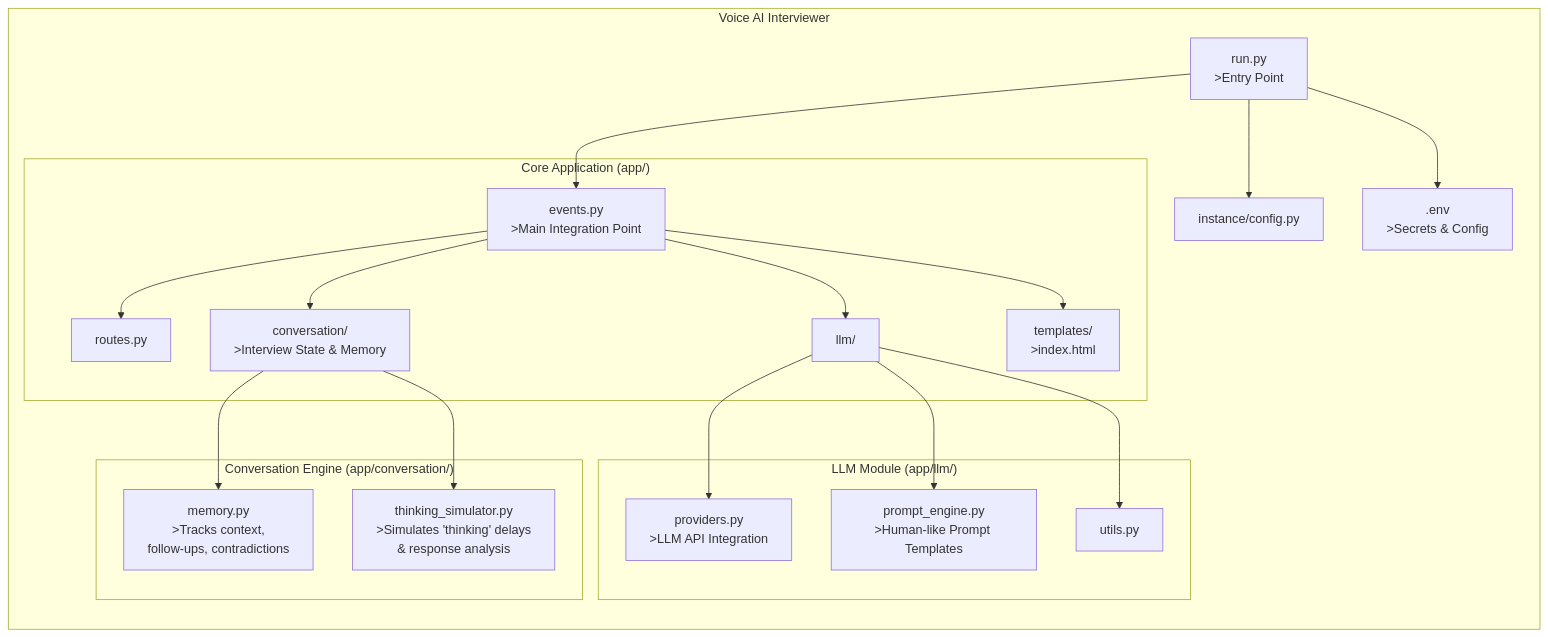
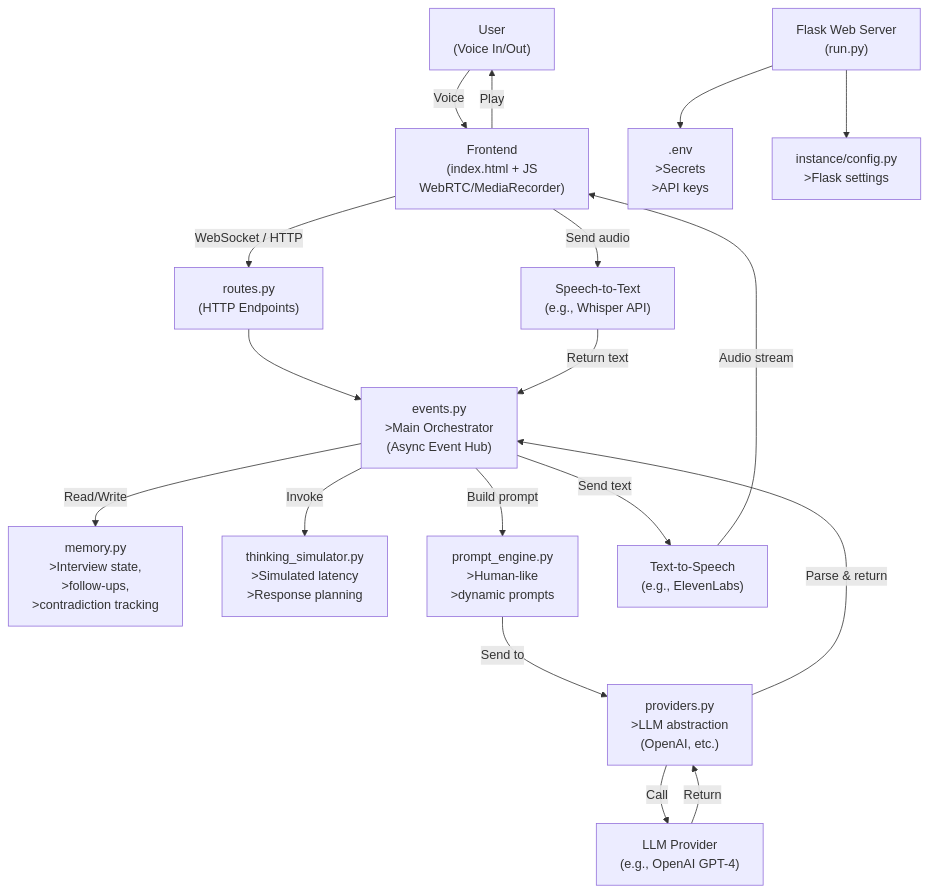
Before and after one commit to BijayaThebe/Ai-Voice-Interviewer: the first of 2 diagrams in README.md, drawn with Mermaid.

Commit message:
Changes Arch Diagram
Changes Arch Diagram

````diff
--- a/README.md
+++ b/README.md
@@ -47,43 +47,53 @@
 ```mermaid
 graph TD
-    subgraph "Voice AI Interviewer"
-        direction TB
+    %% === External Actors ===
+    User["User\n(Voice In/Out)"]
 
-        subgraph "Core Application (app/)"
-            Events["events.py\n>Main Integration Point"] 
-            Routes["routes.py"]
-            LLM["llm/"]
-            Conversation["conversation/\n>Interview State & Memory"]
-            Templates["templates/\n>index.html"]
-        end
+    %% === Frontend ===
+    Frontend["Frontend\n(index.html + JS\nWebRTC/MediaRecorder)"]
 
-        subgraph "LLM Module (app/llm/)"
-            Providers["providers.py\n>LLM API Integration"]
-            PromptEngine["prompt_engine.py\n>Human-like Prompt Templates"]
-            Utils["utils.py"]
-        end
+    %% === Core Backend ===
+    WebServer["Flask Web Server\n(run.py)"]
+    Routes["routes.py\n(HTTP Endpoints)"]
+    Events["events.py\n>Main Orchestrator\n(Async Event Hub)"]
 
-        subgraph "Conversation Engine (app/conversation/)"
-            Memory["memory.py\n>Tracks context,\nfollow-ups, contradictions"]
-            Thinking["thinking_simulator.py\n>Simulates 'thinking' delays\n& response analysis"]
-        end
+    %% === Conversation Subsystem ===
+    Memory["memory.py\n>Interview state,\n>follow-ups,\n>contradiction tracking"]
+    Thinking["thinking_simulator.py\n>Simulated latency\n>Response planning"]
 
-        Config["instance/config.py"]
-        Env[".env\n>Secrets & Config"]
-        Run["run.py\n>Entry Point"]
-    end
+    %% === LLM Subsystem ===
+    PromptEngine["prompt_engine.py\n>Human-like\n>dynamic prompts"]
+    Providers["providers.py\n>LLM abstraction\n(OpenAI, etc.)"]
 
-    %% Connections
-    Run --> Events
-    Events --> Routes
-    Events --> LLM
-    Events --> Conversation
-    LLM --> Providers
-    LLM --> PromptEngine
-    LLM --> Utils
-    Conversation --> Memory
-    Conversation --> Thinking
-    Events --> Templates
-    Run --> Config
-    Run --> Env
+    %% === External Services ===
+    STT["Speech-to-Text\n(e.g., Whisper API)"]
+    TTS["Text-to-Speech\n(e.g., ElevenLabs)"]
+    LLM["LLM Provider\n(e.g., OpenAI GPT-4)"]
+
+    %% === Configuration ===
+    Env[".env\n>Secrets\n>API keys"]
+    Config["instance/config.py\n>Flask settings"]
+
+    %% === Data Flow ===
+    User -->|Voice| Frontend
+    Frontend -->|WebSocket / HTTP| Routes
+    Routes --> Events
+
+    Events -->|Read/Write| Memory
+    Events -->|Invoke| Thinking
+    Events -->|Build prompt| PromptEngine
+    PromptEngine -->|Send to| Providers
+    Providers -->|Call| LLM
+    LLM -->|Return| Providers
+    Providers -->|Parse & return| Events
+
+    Events -->|Send text| TTS
+    TTS -->|Audio stream| Frontend
+    Frontend -->|Play| User
+
+    Frontend -->|Send audio| STT
+    STT -->|Return text| Events
+
+    WebServer --> Env
+    WebServer --> Config
 ```
````
